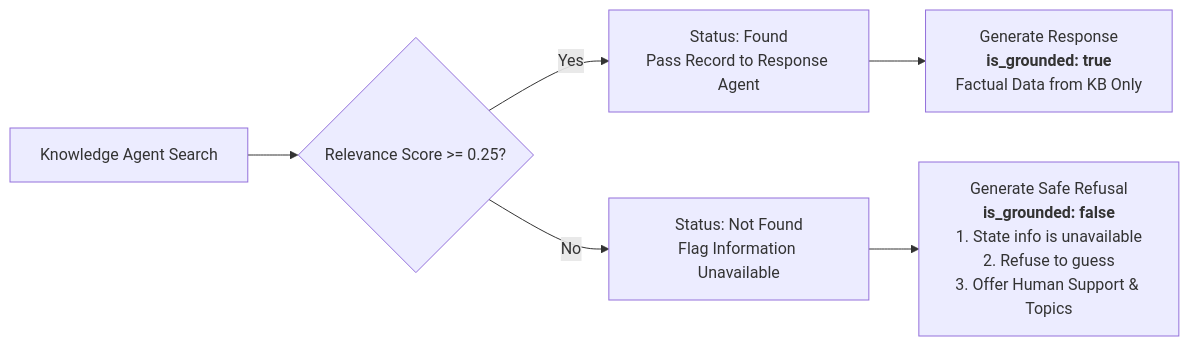
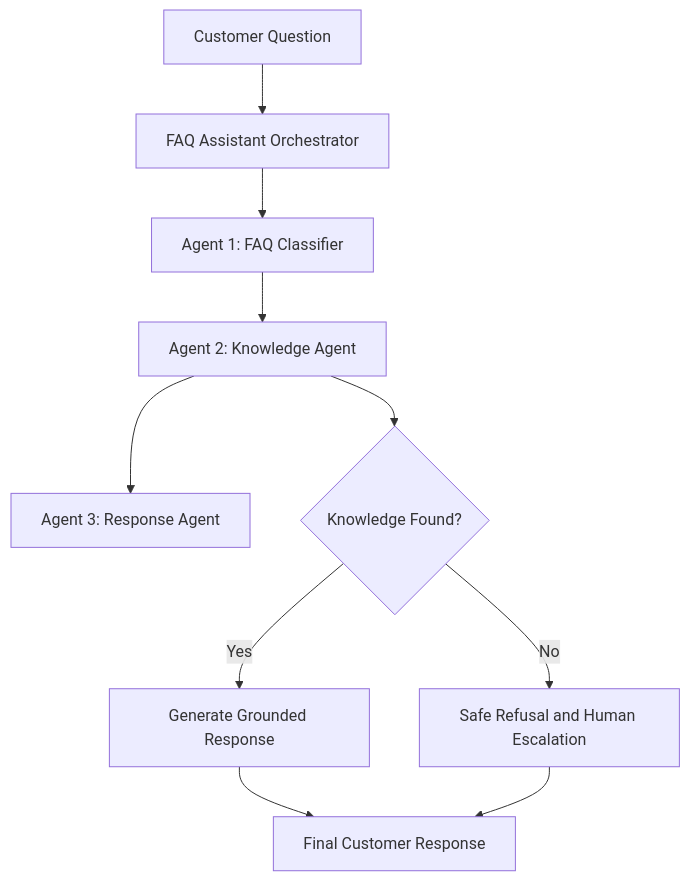
One commit to haniaeman2026-pixel/ShopSmart-AI changed the diagram in README.md. Above: the diagram before and after it, drawn with Mermaid. The commit also changed other lines of this file, not shown here.

````diff
--- a/README.md
+++ b/README.md
@@ -118,9 +42,16 @@
 ```mermaid
-flowchart LR
-    K[Knowledge Agent Search] --> Check{Relevance Score >= 0.25?}
-    Check -->|Yes| Matched[Status: Found<br/>Pass Record to Response Agent]
-    Check -->|No| Miss[Status: Not Found<br/>Flag Information Unavailable]
-    
-    Matched --> Grounded[Generate Response<br/><b>is_grounded: true</b><br/>Factual Data from KB Only]
-    Miss --> Refusal[Generate Safe Refusal<br/><b>is_grounded: false</b><br/>1. State info is unavailable<br/>2. Refuse to guess<br/>3. Offer Human Support & Topics]
+flowchart TD
+    A[Customer Question] --> B[FAQ Assistant Orchestrator]
+
+    B --> C[Agent 1: FAQ Classifier]
+    C --> D[Agent 2: Knowledge Agent]
+    D --> E[Agent 3: Response Agent]
+
+    D --> F{Knowledge Found?}
+
+    F -->|Yes| G[Generate Grounded Response]
+    F -->|No| H[Safe Refusal and Human Escalation]
+
+    G --> I[Final Customer Response]
+    H --> I
 ```
````
